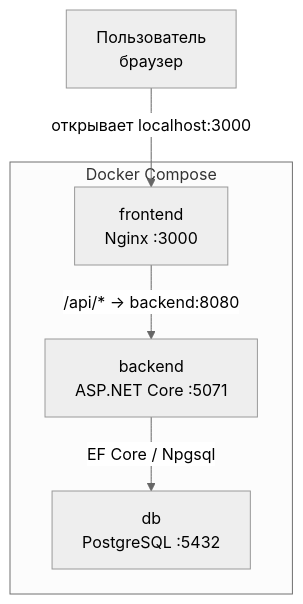
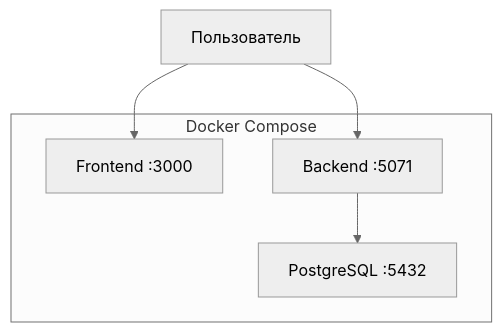
Before and after one commit to noexabwuy/praktika_tz: the diagram in docs/architecture.md, drawn with Mermaid (neutral theme). The commit also changed other lines of this file and 4 other files, not shown here.

````diff
--- a/docs/architecture.md
+++ b/docs/architecture.md
@@ -16,14 +17,14 @@
 ```mermaid
 graph TB
-    User["Пользователь\nбраузер"]
+    User["Пользователь"]
 
     subgraph "Docker Compose"
-        FE["frontend\nNginx :3000"]
-        BE["backend\nASP.NET Core :5071"]
-        DB["db\nPostgreSQL :5432"]
+        FE["Frontend :3000"]
+        BE["Backend :5071"]
+        DB["PostgreSQL :5432"]
     end
 
-    User -->|"открывает localhost:3000"| FE
-    FE -->|"/api/* → backend:8080"| BE
-    BE -->|"EF Core / Npgsql"| DB
+    User --> FE
+    User --> BE
+    BE --> DB
 ```
````
